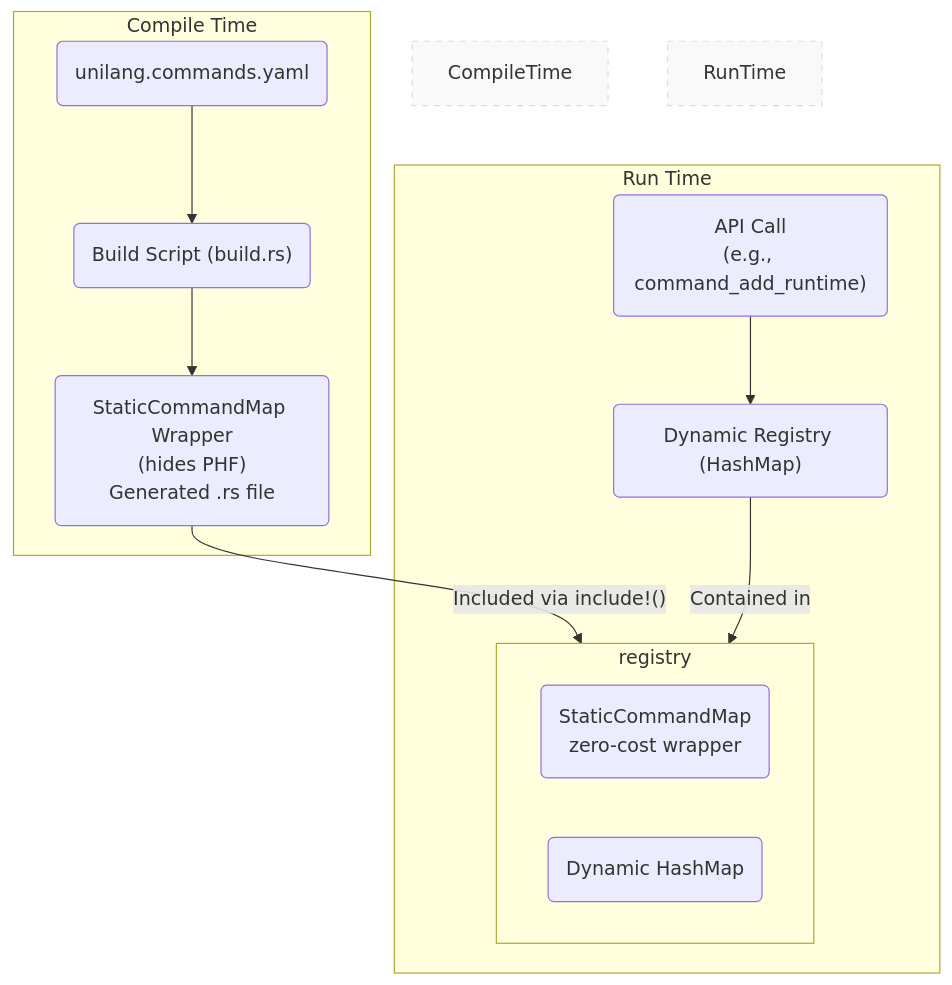
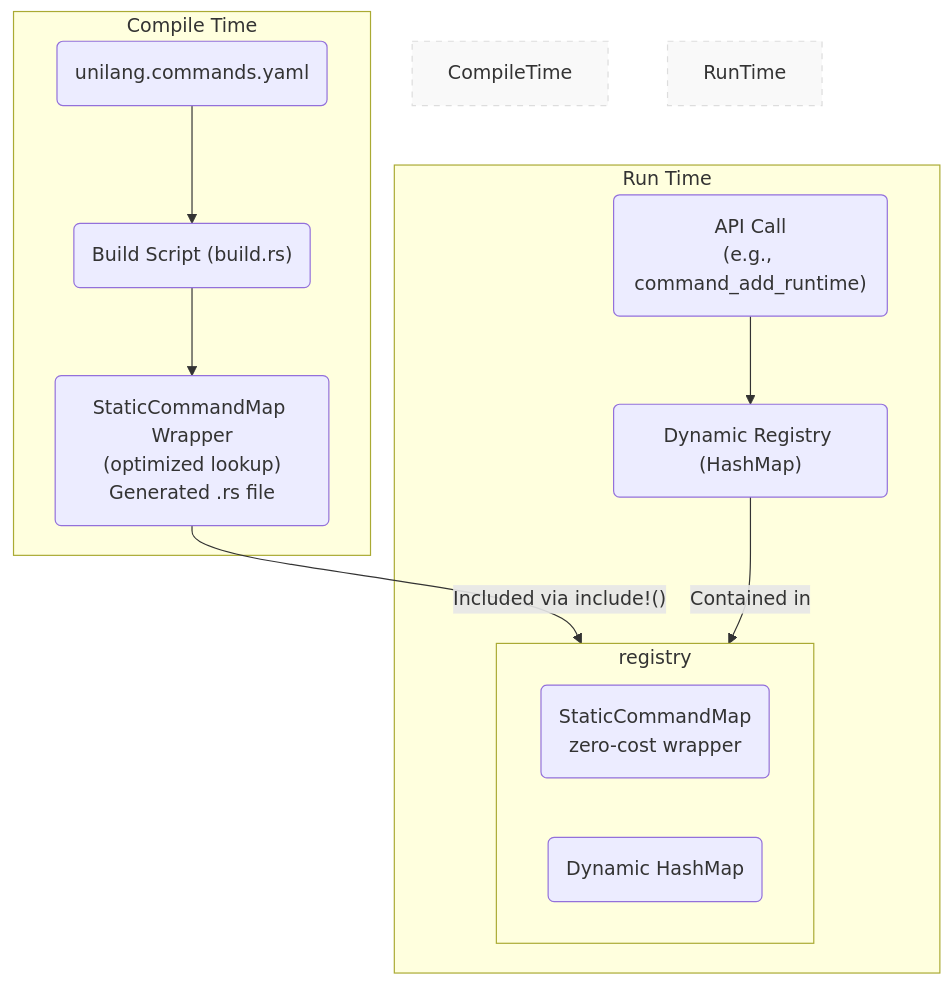
One commit to Wandalen/wTools changed the fourth of 5 diagrams in module/move/unilang/spec.md. Above: the diagram before and after it, drawn with Mermaid. The commit also changed other lines of this file and 71 other files, not shown here.

````diff
--- a/module/move/unilang/spec.md
+++ b/module/move/unilang/spec.md
@@ -573,30 +648,30 @@
 ```mermaid
 graph TD
     subgraph "Compile Time"
         style CompileTime fill:#f9f9f9,stroke:#ddd,stroke-dasharray: 5 5
         manifest("unilang.commands.yaml")
         build_rs("Build Script (build.rs)")
-        phf_map("StaticCommandMap Wrapper<br/>(hides PHF)<br/>Generated .rs file")
+        static_map("StaticCommandMap Wrapper<br/>(optimized lookup)<br/>Generated .rs file")
 
         manifest --> build_rs
-        build_rs --> phf_map
+        build_rs --> static_map
     end
 
     subgraph "Run Time"
         style RunTime fill:#f9f9f9,stroke:#ddd,stroke-dasharray: 5 5
         api_call("API Call<br/>(e.g., command_add_runtime)")
         dynamic_map("Dynamic Registry (HashMap)")
         registry["Hybrid CommandRegistry"]
 
         api_call --> dynamic_map
 
         subgraph registry
             direction LR
-            phf_map_ref(StaticCommandMap<br/>zero-cost wrapper)
+            static_map_ref(StaticCommandMap<br/>zero-cost wrapper)
             dynamic_map_ref(Dynamic HashMap)
         end
 
-        phf_map -- "Included via include!()" --> phf_map_ref
+        static_map -- "Included via include!()" --> static_map_ref
         dynamic_map -- "Contained in" --> dynamic_map_ref
     end
 ```
````
